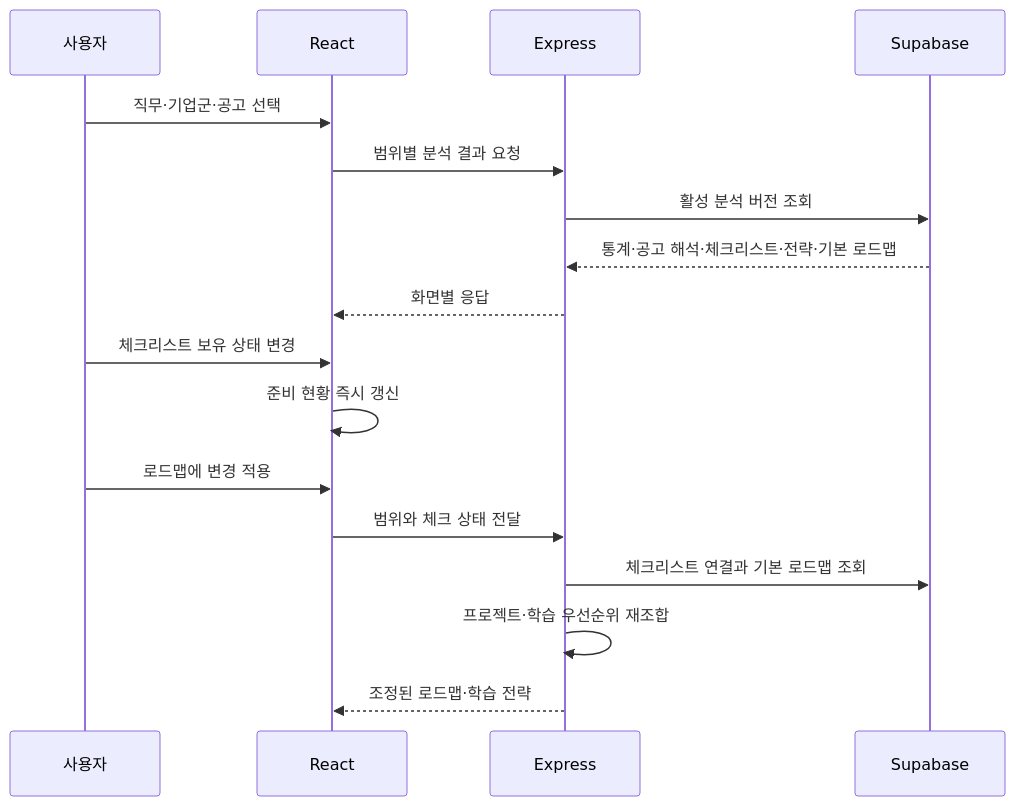
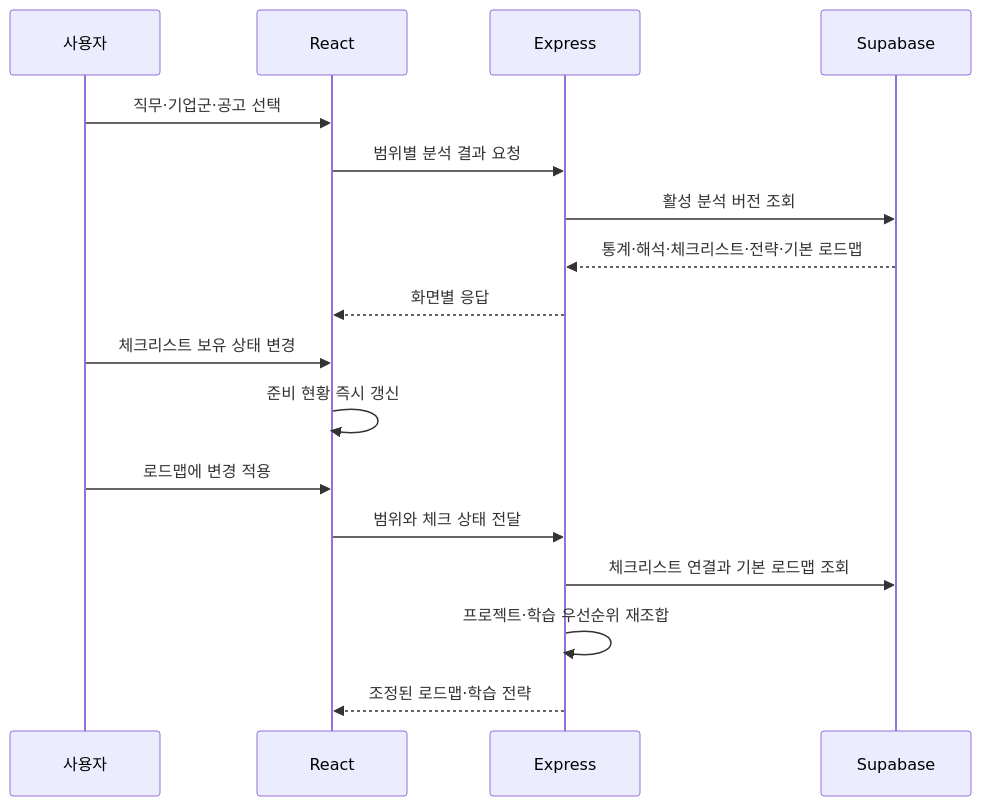
Before and after one commit to Mureung1/hub-showcase: the fourth of 5 diagrams in docs/architecture.md, drawn with Mermaid. The commit also changed other lines of this file and 16 other files, not shown here.

Commit message:
docs: define knowledge schema, statistics model, and execution layers

````diff
--- a/docs/architecture.md
+++ b/docs/architecture.md
@@ -205,20 +335,20 @@
 ```mermaid
 sequenceDiagram
     participant User as 사용자
     participant UI as React
     participant API as Express
     participant DB as Supabase
 
     User->>UI: 직무·기업군·공고 선택
     UI->>API: 범위별 분석 결과 요청
     API->>DB: 활성 분석 버전 조회
-    DB-->>API: 통계·공고 해석·체크리스트·전략·기본 로드맵
+    DB-->>API: 통계·해석·체크리스트·전략·기본 로드맵
     API-->>UI: 화면별 응답
     User->>UI: 체크리스트 보유 상태 변경
     UI->>UI: 준비 현황 즉시 갱신
     User->>UI: 로드맵에 변경 적용
     UI->>API: 범위와 체크 상태 전달
     API->>DB: 체크리스트 연결과 기본 로드맵 조회
     API->>API: 프로젝트·학습 우선순위 재조합
     API-->>UI: 조정된 로드맵·학습 전략
 ```
````
